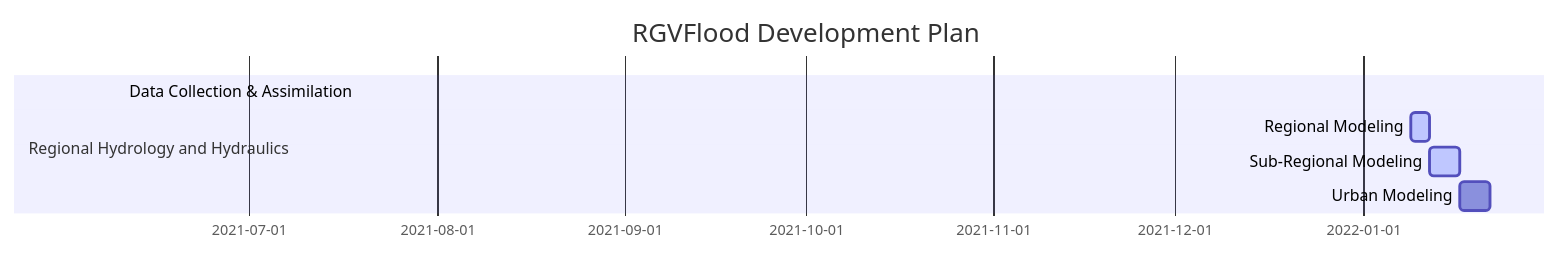
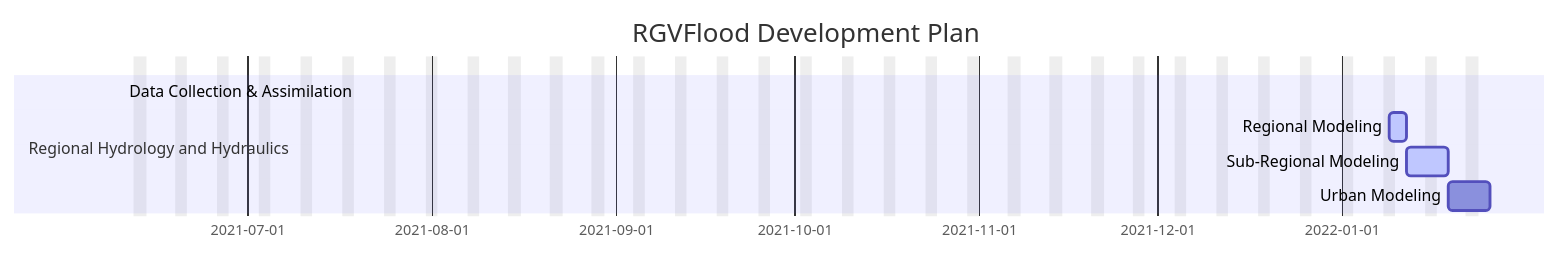
The diagram in src/development/index.rst (RATESResearch/GeoNode), drawn with Mermaid before and after one commit.

```diff
--- a/src/development/index.rst
+++ b/src/development/index.rst
@@ -4,12 +4,12 @@
 .. mermaid:: 
 
     gantt
     dateFormat  YY-Q
     title RGVFlood Development Plan
-    excludes weekdays 2014-01-10
+    excludes weekends
 
     section Regional Hydrology and Hydraulics
     Data Collection & Assimilation  :active, dca, 2021-06-10, 2024-12-31
     Regional Modeling               :active, des2, 2022-01-09, 3d
     Sub-Regional Modeling           :active,         des3, after des2, 5d
     Urban Modeling                  :         des4, after des3, 5d
```
